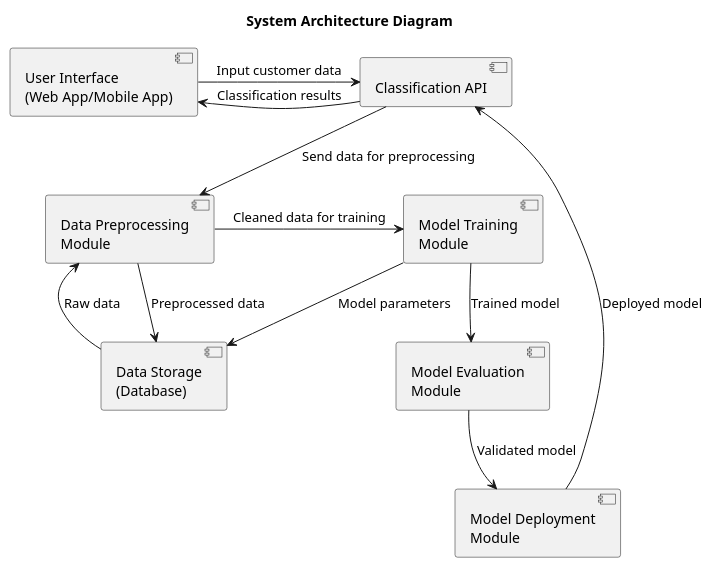
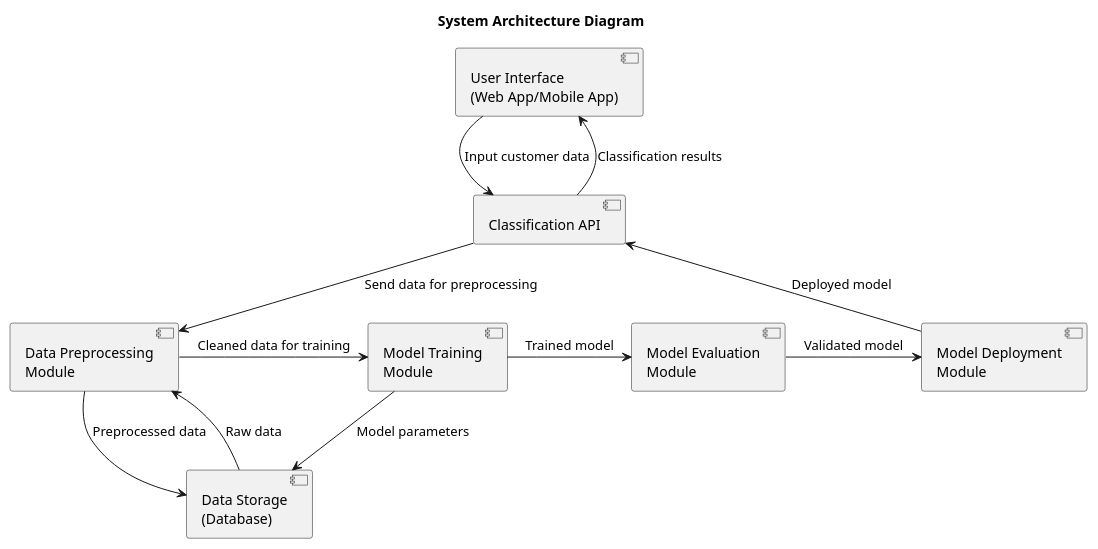
Before and after one commit to vanphuoc3012/intelligent-system: the diagram in diagrams/architecture.puml, drawn with PlantUML. The commit also changed 3 other files, not shown here.

```diff
--- a/diagrams/architecture.puml
+++ b/diagrams/architecture.puml
@@ -1,29 +1,28 @@
 @startuml architecture
 !pragma svek_trace
 
 title System Architecture Diagram
 
 component "User Interface\n(Web App/Mobile App)" as UI
 component "Data Storage\n(Database)" as DB
 component "Data Preprocessing\nModule" as Preprocess
 component "Model Training\nModule" as Training
 component "Model Evaluation\nModule" as Evaluation
 component "Model Deployment\nModule" as Deployment
 component "Classification API" as API
 
-UI -r-> API : "Input customer data"
+UI -d-> API : "Input customer data"
+API -u-> UI : "Classification results"
+
 API -d-> Preprocess : "Send data for preprocessing"
-API -l-> UI : "Classification results"
-Preprocess -l-> Training : "Cleaned data for training"
+Preprocess -d-> DB : "Preprocessed data"
+DB -u-> Preprocess : "Raw data"
 
-Training --> Evaluation : "Trained model"
-Evaluation --> Deployment : "Validated model"
+Preprocess -r-> Training : "Cleaned data for training"
+Training -r-> Evaluation : "Trained model"
+Evaluation -r-> Deployment : "Validated model"
+Deployment -u-> API : "Deployed model"
+Training -d-> DB : "Model parameters"
 
 
-DB -d-> Preprocess : "Raw data"
-Preprocess -d-> DB : "Preprocessed data"
-Training -d-> DB : "Model parameters"
-
-Deployment -u-> API : "Deployed model"
-
 @enduml
```
